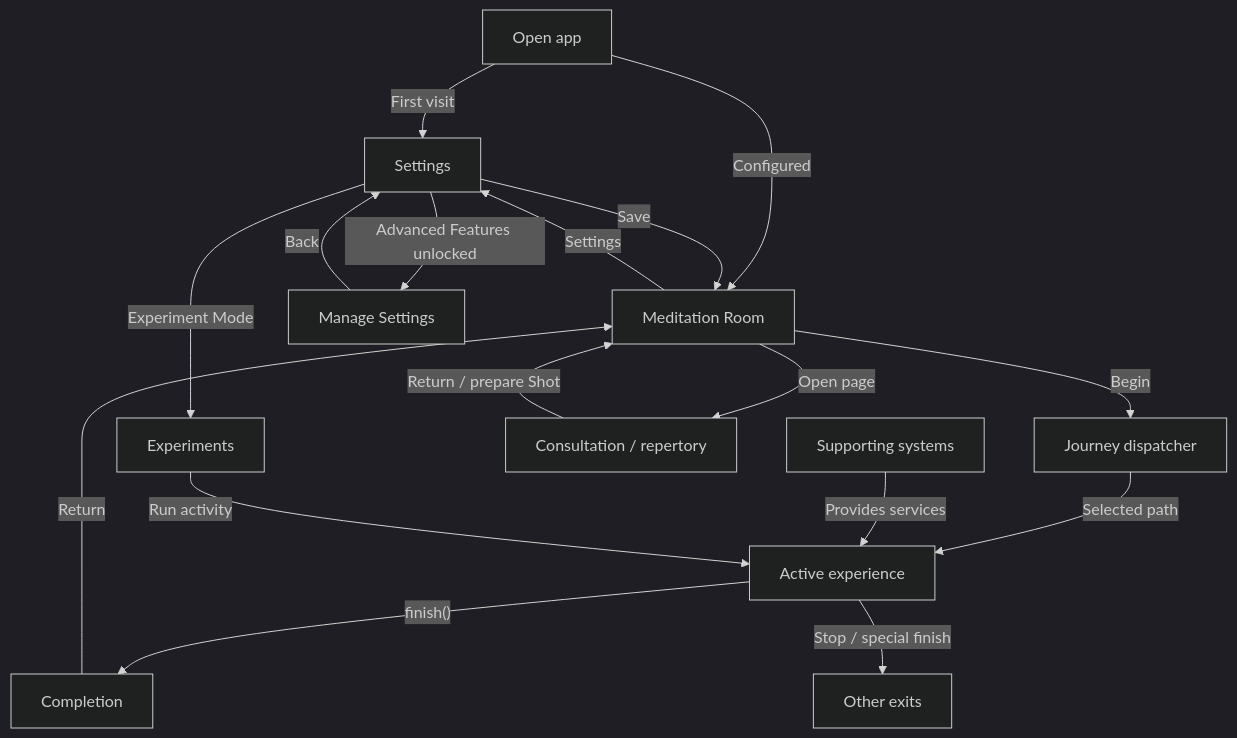
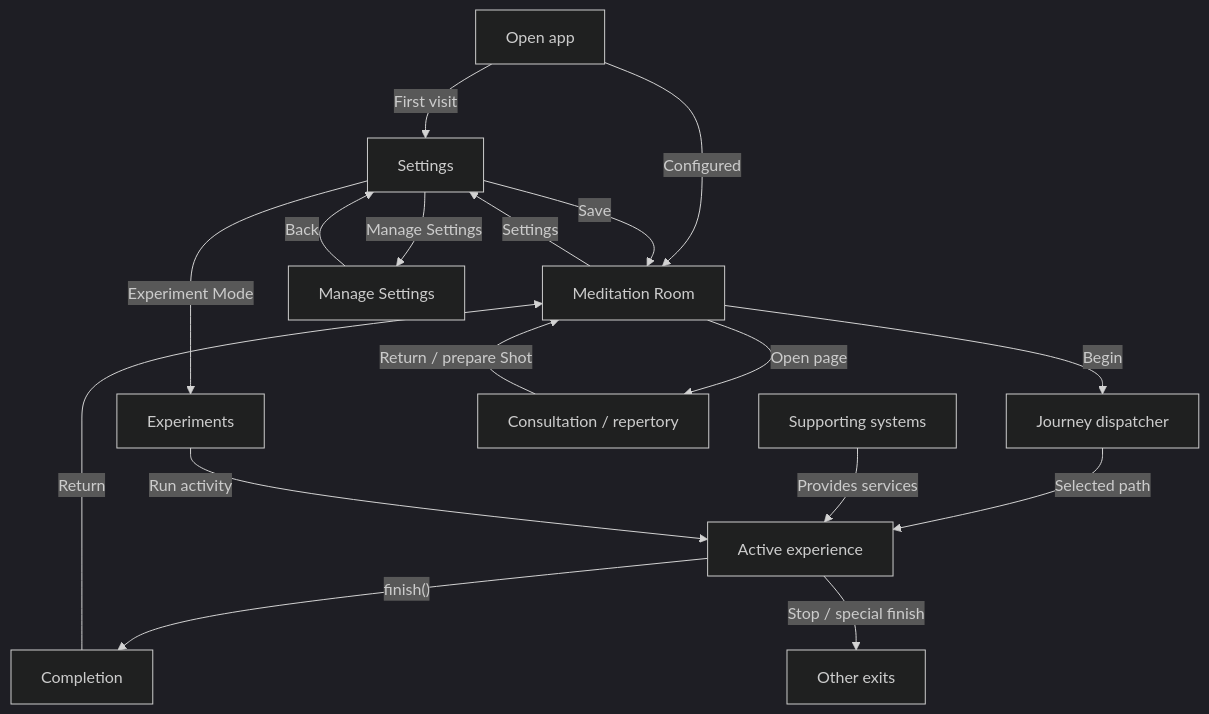
The first of 27 diagrams in docs/app-map/FLOW-REFERENCE.md (missionode/lite), drawn with Mermaid (dark theme) before and after one commit. The commit also changed other lines of this file and 9 other files, not shown here.

````diff
--- a/docs/app-map/FLOW-REFERENCE.md
+++ b/docs/app-map/FLOW-REFERENCE.md
@@ -45,30 +47,30 @@
 ```mermaid
 flowchart TD
   launch["Open app"]
   settings["Settings"]
   lobby["Meditation Room"]
   manage["Manage Settings"]
   experiments["Experiments"]
   journeys["Journey dispatcher"]
   consult["Consultation / repertory"]
   runtime["Active experience"]
   support["Supporting systems"]
   complete["Completion"]
   other["Other exits"]
   launch -->|"First visit"| settings
   launch -->|"Configured"| lobby
   settings -->|"Save"| lobby
   lobby -->|"Settings"| settings
-  settings -->|"Advanced Features unlocked"| manage
+  settings -->|"Manage Settings"| manage
   manage -->|"Back"| settings
   settings -->|"Experiment Mode"| experiments
   lobby -->|"Begin"| journeys
   lobby -->|"Open page"| consult
   journeys -->|"Selected path"| runtime
   support -->|"Provides services"| runtime
   runtime -->|"finish()"| complete
   runtime -->|"Stop / special finish"| other
   experiments -->|"Run activity"| runtime
   complete -->|"Return"| lobby
   consult -->|"Return / prepare Shot"| lobby
 ```
````
